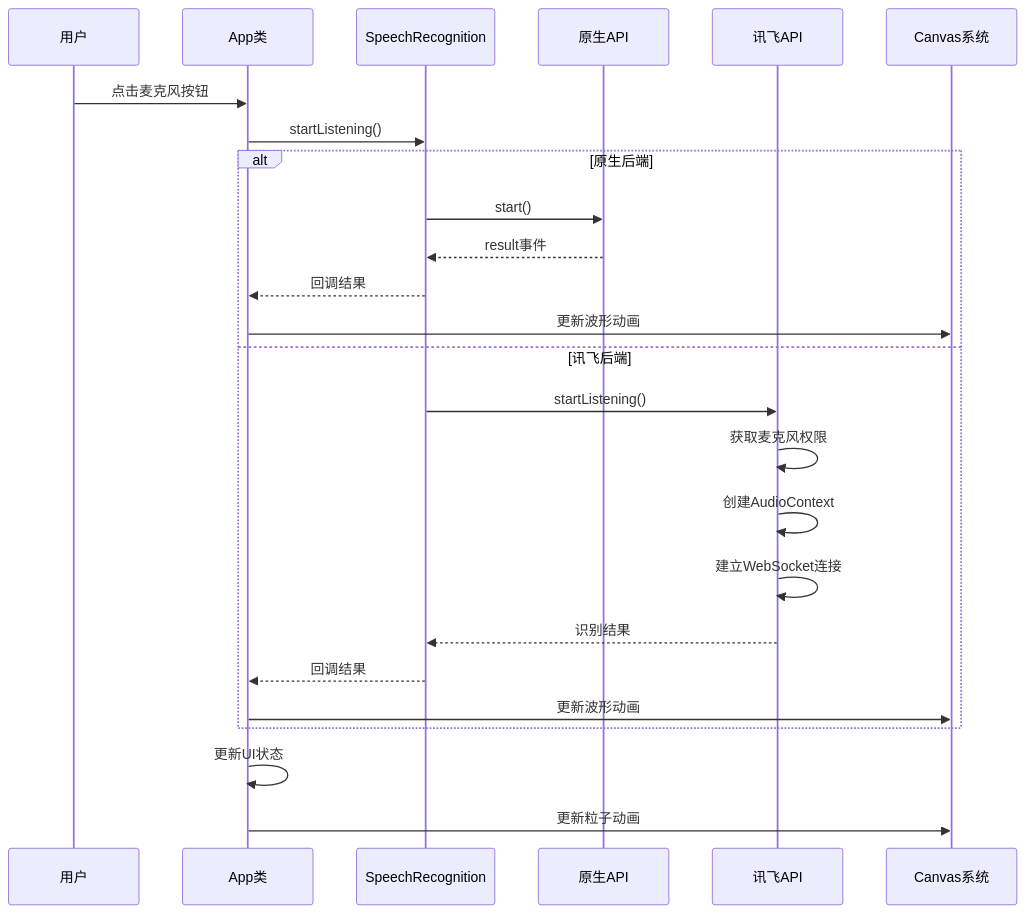
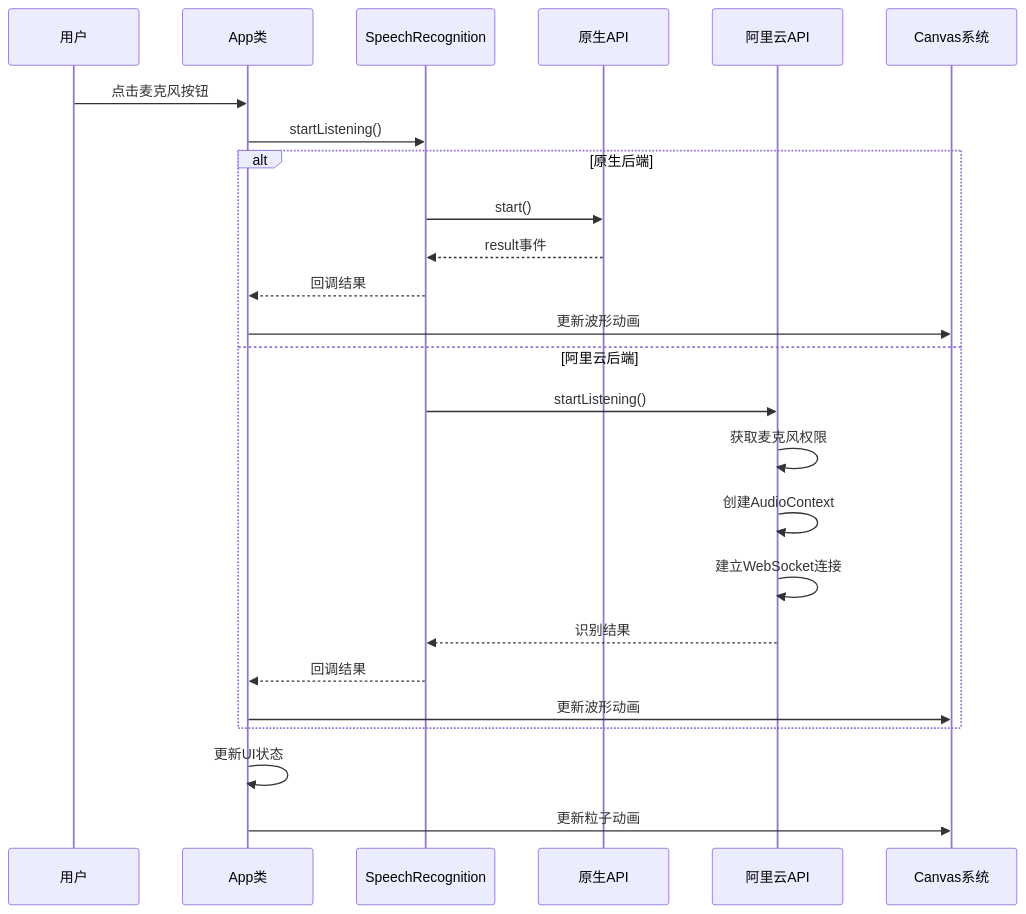
The second of 13 diagrams in .qoder/repowiki/zh/content/故障排除指南/性能问题诊断.md (db300/MySpeechRecognition), drawn with Mermaid before and after one commit. The commit also changed other lines of this file and 10 other files, not shown here.

````diff
--- a/.qoder/repowiki/zh/content/故障排除指南/性能问题诊断.md
+++ b/.qoder/repowiki/zh/content/故障排除指南/性能问题诊断.md
@@ -106,27 +106,27 @@
 ```mermaid
 sequenceDiagram
 participant User as 用户
 participant App as App类
 participant Speech as SpeechRecognition
 participant Native as 原生API
-participant Xfyun as 讯飞API
+participant Aliyun as 阿里云API
 participant Canvas as Canvas系统
 User->>App : 点击麦克风按钮
 App->>Speech : startListening()
 alt 原生后端
 Speech->>Native : start()
 Native-->>Speech : result事件
 Speech-->>App : 回调结果
 App->>Canvas : 更新波形动画
-else 讯飞后端
-Speech->>Xfyun : startListening()
-Xfyun->>Xfyun : 获取麦克风权限
-Xfyun->>Xfyun : 创建AudioContext
-Xfyun->>Xfyun : 建立WebSocket连接
-Xfyun-->>Speech : 识别结果
+else 阿里云后端
+Speech->>Aliyun : startListening()
+Aliyun->>Aliyun : 获取麦克风权限
+Aliyun->>Aliyun : 创建AudioContext
+Aliyun->>Aliyun : 建立WebSocket连接
+Aliyun-->>Speech : 识别结果
 Speech-->>App : 回调结果
 App->>Canvas : 更新波形动画
 end
 App->>App : 更新UI状态
 App->>Canvas : 更新粒子动画
 ```
````
